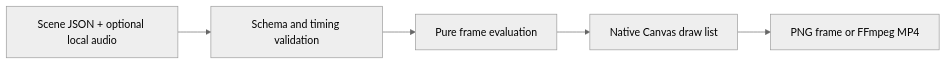
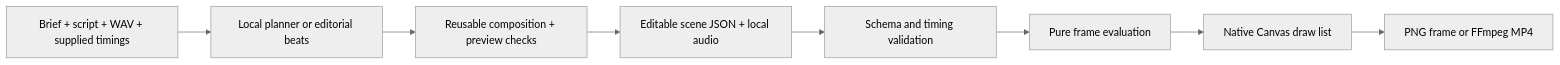
Before and after one commit to Tejaa11/rachana-engine-2d: the diagram in README.md, drawn with Mermaid (neutral theme). The commit also changed other lines of this file and 61 other files, not shown here.

Commit message:
Add reusable narrated-pilot composition and generalization gallery (#3)

````diff
--- a/README.md
+++ b/README.md
@@ -70,7 +87,10 @@
 ```mermaid
 flowchart LR
-    A[Scene JSON + optional local audio] --> B[Schema and timing validation]
+    P[Brief + script + WAV + supplied timings] --> Q[Local planner or editorial beats]
+    Q --> R[Reusable composition + preview checks]
+    R --> A[Editable scene JSON + local audio]
+    A --> B[Schema and timing validation]
     B --> C[Pure frame evaluation]
     C --> D[Native Canvas draw list]
     D --> E[PNG frame or FFmpeg MP4]
 ```
````
